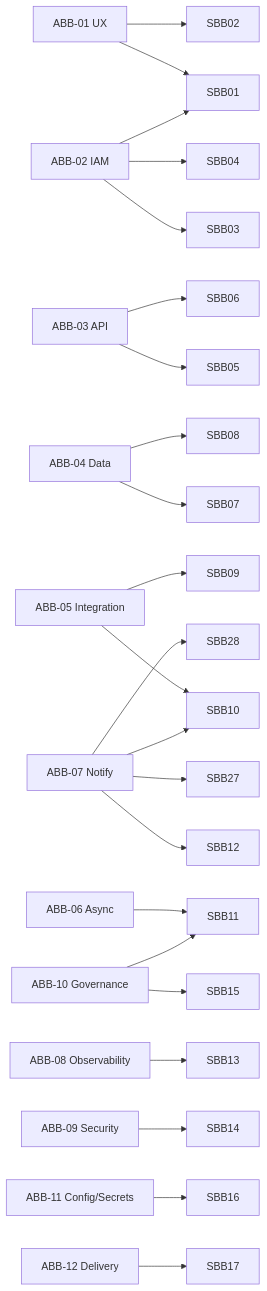
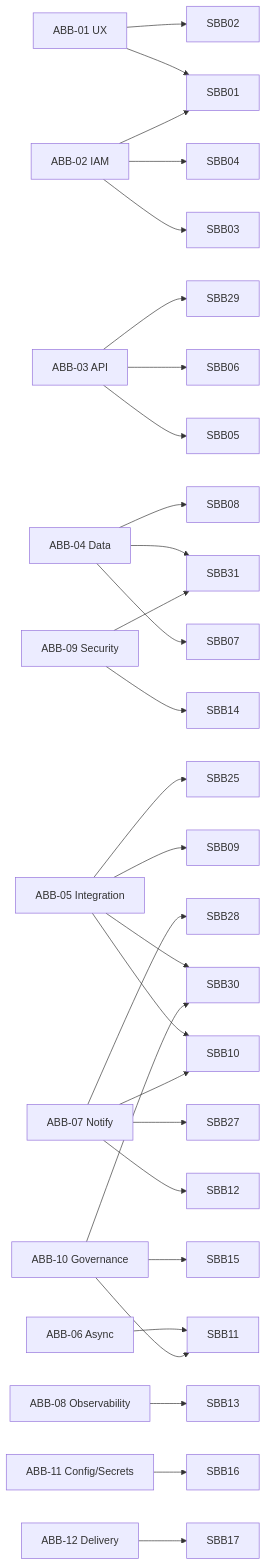
One commit to nicpozent/ATLASPPM_AdditionalFeatures changed the diagram in docs/architecture/building-blocks.md. Above: the diagram before and after it, drawn with Mermaid. The commit also changed other lines of this file and 17 other files, not shown here.

First line of the commit message:
feat + docs: period-windowed resource allocation, per-sprint timeline colours, setup runbook, living-docs refresh (#31)

````diff
--- a/docs/architecture/building-blocks.md
+++ b/docs/architecture/building-blocks.md
@@ -61,15 +64,15 @@
 ```mermaid
 flowchart LR
   ABB01["ABB-01 UX"] --> SBB01 & SBB02
   ABB02["ABB-02 IAM"] --> SBB03 & SBB04 & SBB01
-  ABB03["ABB-03 API"] --> SBB05 & SBB06
-  ABB04["ABB-04 Data"] --> SBB07 & SBB08
-  ABB05["ABB-05 Integration"] --> SBB09 & SBB10
+  ABB03["ABB-03 API"] --> SBB05 & SBB06 & SBB29
+  ABB04["ABB-04 Data"] --> SBB07 & SBB08 & SBB31
+  ABB05["ABB-05 Integration"] --> SBB09 & SBB10 & SBB25 & SBB30
   ABB06["ABB-06 Async"] --> SBB11
   ABB07["ABB-07 Notify"] --> SBB12 & SBB10 & SBB27 & SBB28
   ABB08["ABB-08 Observability"] --> SBB13
-  ABB09["ABB-09 Security"] --> SBB14
-  ABB10["ABB-10 Governance"] --> SBB15 & SBB11
+  ABB09["ABB-09 Security"] --> SBB14 & SBB31
+  ABB10["ABB-10 Governance"] --> SBB15 & SBB11 & SBB30
   ABB11["ABB-11 Config/Secrets"] --> SBB16
   ABB12["ABB-12 Delivery"] --> SBB17
 ```
````
